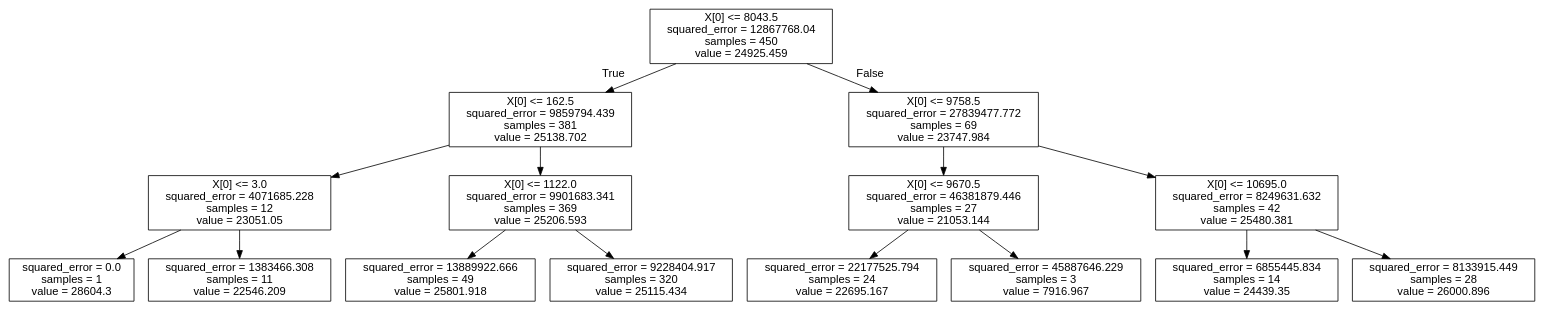
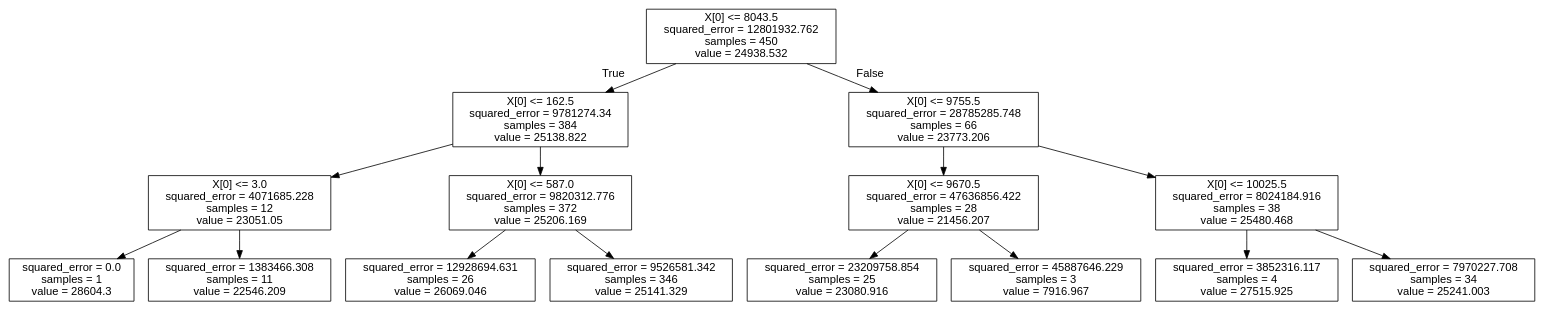
The diagram in MLP/MLP3/tree.dot (weswong02/CPSC4310), drawn with Graphviz before and after one commit.

Commit message:
revised decision tree rmse and r2 part 2

```diff
--- a/MLP/MLP3/tree.dot
+++ b/MLP/MLP3/tree.dot
@@ -1,33 +1,33 @@
 digraph Tree {
 node [shape=box, fontname="helvetica"] ;
 edge [fontname="helvetica"] ;
-0 [label="X[0] <= 8043.5\nsquared_error = 12867768.04\nsamples = 450\nvalue = 24925.459"] ;
-1 [label="X[0] <= 162.5\nsquared_error = 9859794.439\nsamples = 381\nvalue = 25138.702"] ;
+0 [label="X[0] <= 8043.5\nsquared_error = 12801932.762\nsamples = 450\nvalue = 24938.532"] ;
+1 [label="X[0] <= 162.5\nsquared_error = 9781274.34\nsamples = 384\nvalue = 25138.822"] ;
 0 -> 1 [labeldistance=2.5, labelangle=45, headlabel="True"] ;
 2 [label="X[0] <= 3.0\nsquared_error = 4071685.228\nsamples = 12\nvalue = 23051.05"] ;
 1 -> 2 ;
 3 [label="squared_error = 0.0\nsamples = 1\nvalue = 28604.3"] ;
 2 -> 3 ;
 4 [label="squared_error = 1383466.308\nsamples = 11\nvalue = 22546.209"] ;
 2 -> 4 ;
-5 [label="X[0] <= 1122.0\nsquared_error = 9901683.341\nsamples = 369\nvalue = 25206.593"] ;
+5 [label="X[0] <= 587.0\nsquared_error = 9820312.776\nsamples = 372\nvalue = 25206.169"] ;
 1 -> 5 ;
-6 [label="squared_error = 13889922.666\nsamples = 49\nvalue = 25801.918"] ;
+6 [label="squared_error = 12928694.631\nsamples = 26\nvalue = 26069.046"] ;
 5 -> 6 ;
-7 [label="squared_error = 9228404.917\nsamples = 320\nvalue = 25115.434"] ;
+7 [label="squared_error = 9526581.342\nsamples = 346\nvalue = 25141.329"] ;
 5 -> 7 ;
-8 [label="X[0] <= 9758.5\nsquared_error = 27839477.772\nsamples = 69\nvalue = 23747.984"] ;
+8 [label="X[0] <= 9755.5\nsquared_error = 28785285.748\nsamples = 66\nvalue = 23773.206"] ;
 0 -> 8 [labeldistance=2.5, labelangle=-45, headlabel="False"] ;
-9 [label="X[0] <= 9670.5\nsquared_error = 46381879.446\nsamples = 27\nvalue = 21053.144"] ;
+9 [label="X[0] <= 9670.5\nsquared_error = 47636856.422\nsamples = 28\nvalue = 21456.207"] ;
 8 -> 9 ;
-10 [label="squared_error = 22177525.794\nsamples = 24\nvalue = 22695.167"] ;
+10 [label="squared_error = 23209758.854\nsamples = 25\nvalue = 23080.916"] ;
 9 -> 10 ;
 11 [label="squared_error = 45887646.229\nsamples = 3\nvalue = 7916.967"] ;
 9 -> 11 ;
-12 [label="X[0] <= 10695.0\nsquared_error = 8249631.632\nsamples = 42\nvalue = 25480.381"] ;
+12 [label="X[0] <= 10025.5\nsquared_error = 8024184.916\nsamples = 38\nvalue = 25480.468"] ;
 8 -> 12 ;
-13 [label="squared_error = 6855445.834\nsamples = 14\nvalue = 24439.35"] ;
+13 [label="squared_error = 3852316.117\nsamples = 4\nvalue = 27515.925"] ;
 12 -> 13 ;
-14 [label="squared_error = 8133915.449\nsamples = 28\nvalue = 26000.896"] ;
+14 [label="squared_error = 7970227.708\nsamples = 34\nvalue = 25241.003"] ;
 12 -> 14 ;
 }
```
